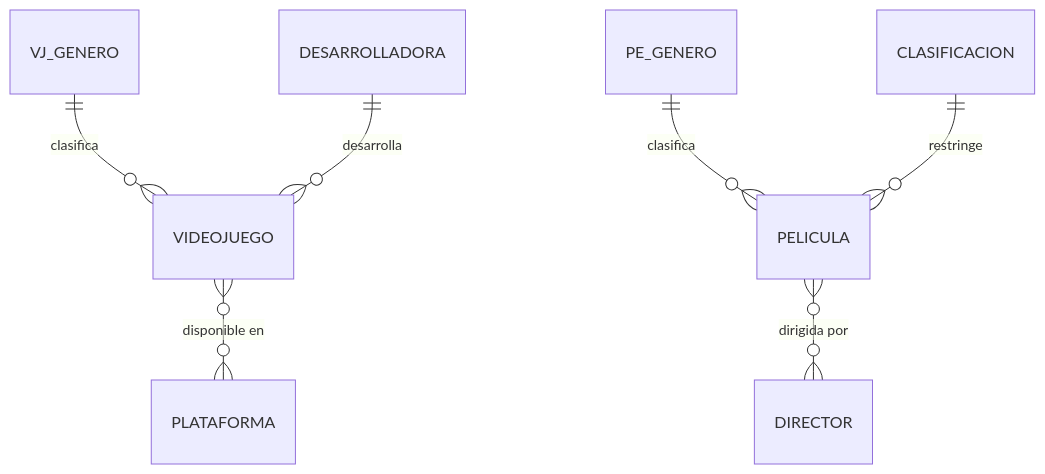
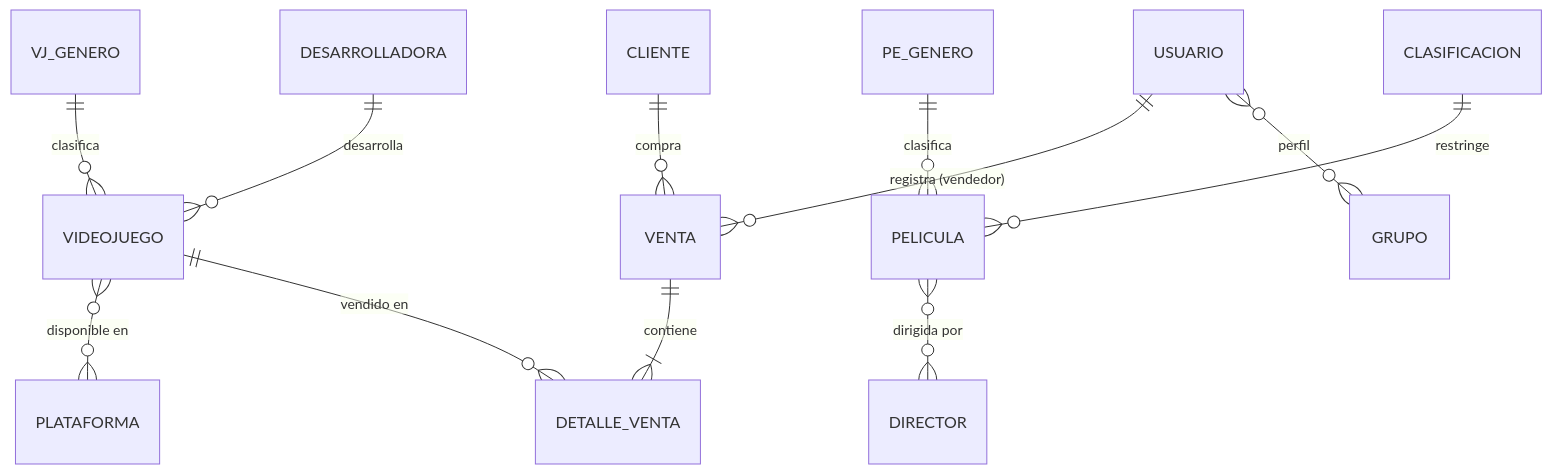
One commit to SirGabrielValdes/Trabajo-Backend2026 changed the diagram in README.md. Above: the diagram before and after it, drawn with Mermaid. The commit also changed other lines of this file and 1 other file, not shown here.

````diff
--- a/README.md
+++ b/README.md
@@ -26,9 +55,14 @@
 ```mermaid
 erDiagram
     VJ_GENERO ||--o{ VIDEOJUEGO : "clasifica"
     DESARROLLADORA ||--o{ VIDEOJUEGO : "desarrolla"
     VIDEOJUEGO }o--o{ PLATAFORMA : "disponible en"
     PE_GENERO ||--o{ PELICULA : "clasifica"
     CLASIFICACION ||--o{ PELICULA : "restringe"
     PELICULA }o--o{ DIRECTOR : "dirigida por"
+    CLIENTE ||--o{ VENTA : "compra"
+    USUARIO ||--o{ VENTA : "registra (vendedor)"
+    VENTA ||--|{ DETALLE_VENTA : "contiene"
+    VIDEOJUEGO ||--o{ DETALLE_VENTA : "vendido en"
+    USUARIO }o--o{ GRUPO : "perfil"
 ```
````
